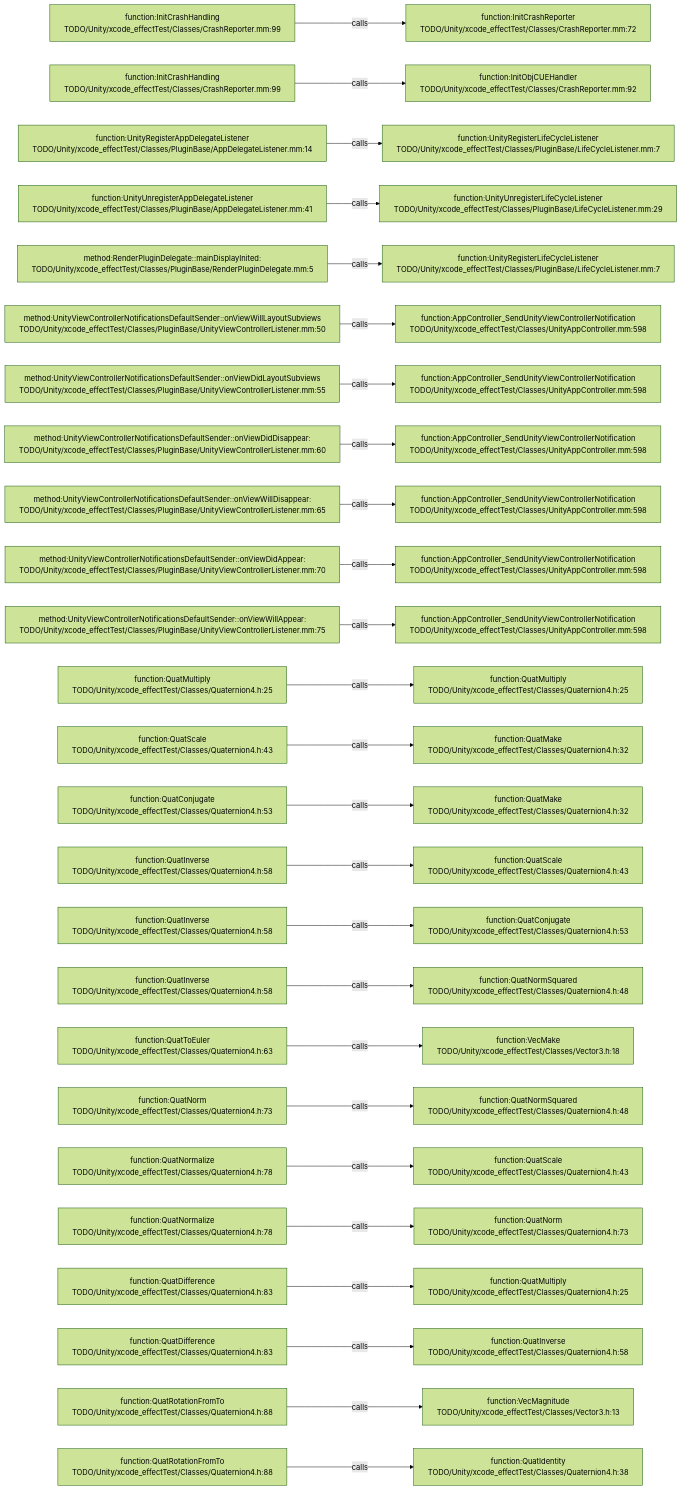
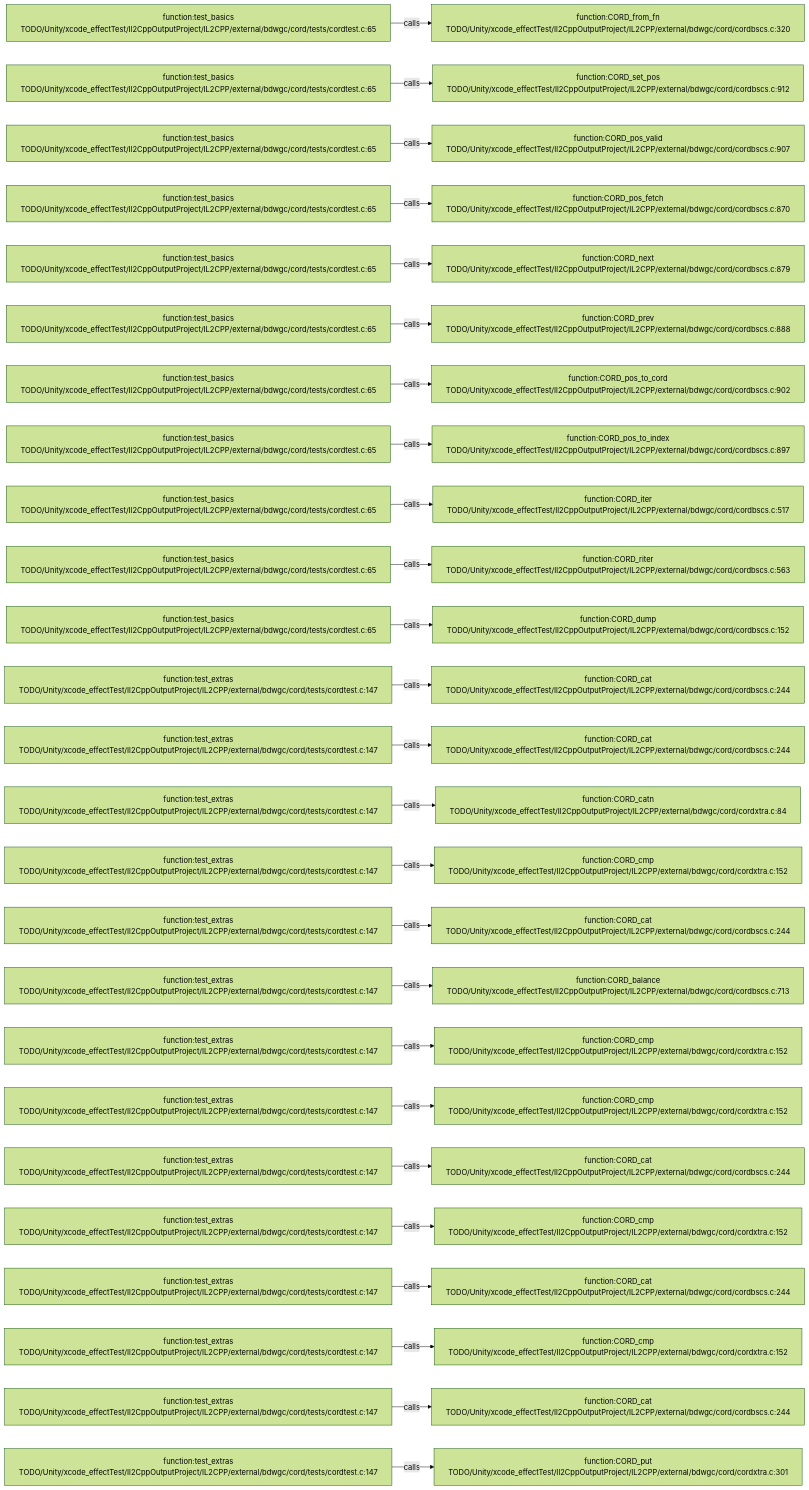
One commit to JobsKits/JobsSwiftBaseConfigDemo changed the diagram in .codegraph/codegraph.md/graphs/calls-090.md. Above: the diagram before and after it, drawn with Mermaid (forest theme). The commit also changed 227 other files, not shown here.

````diff
--- a/.codegraph/codegraph.md/graphs/calls-090.md
+++ b/.codegraph/codegraph.md/graphs/calls-090.md
@@ -13,78 +13,78 @@
 ```mermaid
 flowchart LR
-  S1["function:InitCrashHandling<br/>TODO/Unity/xcode_effectTest/Classes/CrashReporter.mm:99"]
-  T1["function:InitCrashReporter<br/>TODO/Unity/xcode_effectTest/Classes/CrashReporter.mm:72"]
+  S1["function:test_basics<br/>TODO/Unity/xcode_effectTest/Il2CppOutputProject/IL2CPP/external/bdwgc/cord/tests/cordtest.c:65"]
+  T1["function:CORD_from_fn<br/>TODO/Unity/xcode_effectTest/Il2CppOutputProject/IL2CPP/external/bdwgc/cord/cordbscs.c:320"]
   S1 -->|calls| T1
-  S2["function:InitCrashHandling<br/>TODO/Unity/xcode_effectTest/Classes/CrashReporter.mm:99"]
-  T2["function:InitObjCUEHandler<br/>TODO/Unity/xcode_effectTest/Classes/CrashReporter.mm:92"]
+  S2["function:test_basics<br/>TODO/Unity/xcode_effectTest/Il2CppOutputProject/IL2CPP/external/bdwgc/cord/tests/cordtest.c:65"]
+  T2["function:CORD_set_pos<br/>TODO/Unity/xcode_effectTest/Il2CppOutputProject/IL2CPP/external/bdwgc/cord/cordbscs.c:912"]
   S2 -->|calls| T2
-  S3["function:UnityRegisterAppDelegateListener<br/>TODO/Unity/xcode_effectTest/Classes/PluginBase/AppDelegateListener.mm:14"]
-  T3["function:UnityRegisterLifeCycleListener<br/>TODO/Unity/xcode_effectTest/Classes/PluginBase/LifeCycleListener.mm:7"]
+  S3["function:test_basics<br/>TODO/Unity/xcode_effectTest/Il2CppOutputProject/IL2CPP/external/bdwgc/cord/tests/cordtest.c:65"]
+  T3["function:CORD_pos_valid<br/>TODO/Unity/xcode_effectTest/Il2CppOutputProject/IL2CPP/external/bdwgc/cord/cordbscs.c:907"]
   S3 -->|calls| T3
-  S4["function:UnityUnregisterAppDelegateListener<br/>TODO/Unity/xcode_effectTest/Classes/PluginBase/AppDelegateListener.mm:41"]
-  T4["function:UnityUnregisterLifeCycleListener<br/>TODO/Unity/xcode_effectTest/Classes/PluginBase/LifeCycleListener.mm:29"]
+  S4["function:test_basics<br/>TODO/Unity/xcode_effectTest/Il2CppOutputProject/IL2CPP/external/bdwgc/cord/tests/cordtest.c:65"]
+  T4["function:CORD_pos_fetch<br/>TODO/Unity/xcode_effectTest/Il2CppOutputProject/IL2CPP/external/bdwgc/cord/cordbscs.c:870"]
   S4 -->|calls| T4
-  S5["method:RenderPluginDelegate::mainDisplayInited:<br/>TODO/Unity/xcode_effectTest/Classes/PluginBase/RenderPluginDelegate.mm:5"]
-  T5["function:UnityRegisterLifeCycleListener<br/>TODO/Unity/xcode_effectTest/Classes/PluginBase/LifeCycleListener.mm:7"]
+  S5["function:test_basics<br/>TODO/Unity/xcode_effectTest/Il2CppOutputProject/IL2CPP/external/bdwgc/cord/tests/cordtest.c:65"]
+  T5["function:CORD_next<br/>TODO/Unity/xcode_effectTest/Il2CppOutputProject/IL2CPP/external/bdwgc/cord/cordbscs.c:879"]
   S5 -->|calls| T5
-  S6["method:UnityViewControllerNotificationsDefaultSender::onViewWillLayoutSubviews<br/>TODO/Unity/xcode_effectTest/Classes/PluginBase/UnityViewControllerListener.mm:50"]
-  T6["function:AppController_SendUnityViewControllerNotification<br/>TODO/Unity/xcode_effectTest/Classes/UnityAppController.mm:598"]
+  S6["function:test_basics<br/>TODO/Unity/xcode_effectTest/Il2CppOutputProject/IL2CPP/external/bdwgc/cord/tests/cordtest.c:65"]
+  T6["function:CORD_prev<br/>TODO/Unity/xcode_effectTest/Il2CppOutputProject/IL2CPP/external/bdwgc/cord/cordbscs.c:888"]
   S6 -->|calls| T6
-  S7["method:UnityViewControllerNotificationsDefaultSender::onViewDidLayoutSubviews<br/>TODO/Unity/xcode_effectTest/Classes/PluginBase/UnityViewControllerListener.mm:55"]
-  T7["function:AppController_SendUnityViewControllerNotification<br/>TODO/Unity/xcode_effectTest/Classes/UnityAppController.mm:598"]
+  S7["function:test_basics<br/>TODO/Unity/xcode_effectTest/Il2CppOutputProject/IL2CPP/external/bdwgc/cord/tests/cordtest.c:65"]
+  T7["function:CORD_pos_to_cord<br/>TODO/Unity/xcode_effectTest/Il2CppOutputProject/IL2CPP/external/bdwgc/cord/cordbscs.c:902"]
   S7 -->|calls| T7
-  S8["method:UnityViewControllerNotificationsDefaultSender::onViewDidDisappear:<br/>TODO/Unity/xcode_effectTest/Classes/PluginBase/UnityViewControllerListener.mm:60"]
-  T8["function:AppController_SendUnityViewControllerNotification<br/>TODO/Unity/xcode_effectTest/Classes/UnityAppController.mm:598"]
+  S8["function:test_basics<br/>TODO/Unity/xcode_effectTest/Il2CppOutputProject/IL2CPP/external/bdwgc/cord/tests/cordtest.c:65"]
+  T8["function:CORD_pos_to_index<br/>TODO/Unity/xcode_effectTest/Il2CppOutputProject/IL2CPP/external/bdwgc/cord/cordbscs.c:897"]
   S8 -->|calls| T8
-  S9["method:UnityViewControllerNotificationsDefaultSender::onViewWillDisappear:<br/>TODO/Unity/xcode_effectTest/Classes/PluginBase/UnityViewControllerListener.mm:65"]
-  T9["function:AppController_SendUnityViewControllerNotification<br/>TODO/Unity/xcode_effectTest/Classes/UnityAppController.mm:598"]
+  S9["function:test_basics<br/>TODO/Unity/xcode_effectTest/Il2CppOutputProject/IL2CPP/external/bdwgc/cord/tests/cordtest.c:65"]
+  T9["function:CORD_iter<br/>TODO/Unity/xcode_effectTest/Il2CppOutputProject/IL2CPP/external/bdwgc/cord/cordbscs.c:517"]
   S9 -->|calls| T9
-  S10["method:UnityViewControllerNotificationsDefaultSender::onViewDidAppear:<br/>TODO/Unity/xcode_effectTest/Classes/PluginBase/UnityViewControllerListener.mm:70"]
-  T10["function:AppController_SendUnityViewControllerNotification<br/>TODO/Unity/xcode_effectTest/Classes/UnityAppController.mm:598"]
+  S10["function:test_basics<br/>TODO/Unity/xcode_effectTest/Il2CppOutputProject/IL2CPP/external/bdwgc/cord/tests/cordtest.c:65"]
+  T10["function:CORD_riter<br/>TODO/Unity/xcode_effectTest/Il2CppOutputProject/IL2CPP/external/bdwgc/cord/cordbscs.c:563"]
   S10 -->|calls| T10
-  S11["method:UnityViewControllerNotificationsDefaultSender::onViewWillAppear:<br/>TODO/Unity/xcode_effectTest/Classes/PluginBase/UnityViewControllerListener.mm:75"]
-  T11["function:AppController_SendUnityViewControllerNotification<br/>TODO/Unity/xcode_effectTest/Classes/UnityAppController.mm:598"]
+  S11["function:test_basics<br/>TODO/Unity/xcode_effectTest/Il2CppOutputProject/IL2CPP/external/bdwgc/cord/tests/cordtest.c:65"]
+  T11["function:CORD_dump<br/>TODO/Unity/xcode_effectTest/Il2CppOutputProject/IL2CPP/external/bdwgc/cord/cordbscs.c:152"]
   S11 -->|calls| T11
-  S12["function:QuatMultiply<br/>TODO/Unity/xcode_effectTest/Classes/Quaternion4.h:25"]
-  T12["function:QuatMultiply<br/>TODO/Unity/xcode_effectTest/Classes/Quaternion4.h:25"]
+  S12["function:test_extras<br/>TODO/Unity/xcode_effectTest/Il2CppOutputProject/IL2CPP/external/bdwgc/cord/tests/cordtest.c:147"]
+  T12["function:CORD_cat<br/>TODO/Unity/xcode_effectTest/Il2CppOutputProject/IL2CPP/external/bdwgc/cord/cordbscs.c:244"]
   S12 -->|calls| T12
-  S13["function:QuatScale<br/>TODO/Unity/xcode_effectTest/Classes/Quaternion4.h:43"]
-  T13["function:QuatMake<br/>TODO/Unity/xcode_effectTest/Classes/Quaternion4.h:32"]
+  S13["function:test_extras<br/>TODO/Unity/xcode_effectTest/Il2CppOutputProject/IL2CPP/external/bdwgc/cord/tests/cordtest.c:147"]
+  T13["function:CORD_cat<br/>TODO/Unity/xcode_effectTest/Il2CppOutputProject/IL2CPP/external/bdwgc/cord/cordbscs.c:244"]
   S13 -->|calls| T13
-  S14["function:QuatConjugate<br/>TODO/Unity/xcode_effectTest/Classes/Quaternion4.h:53"]
-  T14["function:QuatMake<br/>TODO/Unity/xcode_effectTest/Classes/Quaternion4.h:32"]
+  S14["function:test_extras<br/>TODO/Unity/xcode_effectTest/Il2CppOutputProject/IL2CPP/external/bdwgc/cord/tests/cordtest.c:147"]
+  T14["function:CORD_catn<br/>TODO/Unity/xcode_effectTest/Il2CppOutputProject/IL2CPP/external/bdwgc/cord/cordxtra.c:84"]
   S14 -->|calls| T14
-  S15["function:QuatInverse<br/>TODO/Unity/xcode_effectTest/Classes/Quaternion4.h:58"]
-  T15["function:QuatScale<br/>TODO/Unity/xcode_effectTest/Classes/Quaternion4.h:43"]
+  S15["function:test_extras<br/>TODO/Unity/xcode_effectTest/Il2CppOutputProject/IL2CPP/external/bdwgc/cord/tests/cordtest.c:147"]
+  T15["function:CORD_cmp<br/>TODO/Unity/xcode_effectTest/Il2CppOutputProject/IL2CPP/external/bdwgc/cord/cordxtra.c:152"]
   S15 -->|calls| T15
-  S16["function:QuatInverse<br/>TODO/Unity/xcode_effectTest/Classes/Quaternion4.h:58"]
-  T16["function:QuatConjugate<br/>TODO/Unity/xcode_effectTest/Classes/Quaternion4.h:53"]
+  S16["function:test_extras<br/>TODO/Unity/xcode_effectTest/Il2CppOutputProject/IL2CPP/external/bdwgc/cord/tests/cordtest.c:147"]
+  T16["function:CORD_cat<br/>TODO/Unity/xcode_effectTest/Il2CppOutputProject/IL2CPP/external/bdwgc/cord/cordbscs.c:244"]
   S16 -->|calls| T16
-  S17["function:QuatInverse<br/>TODO/Unity/xcode_effectTest/Classes/Quaternion4.h:58"]
-  T17["function:QuatNormSquared<br/>TODO/Unity/xcode_effectTest/Classes/Quaternion4.h:48"]
+  S17["function:test_extras<br/>TODO/Unity/xcode_effectTest/Il2CppOutputProject/IL2CPP/external/bdwgc/cord/tests/cordtest.c:147"]
+  T17["function:CORD_balance<br/>TODO/Unity/xcode_effectTest/Il2CppOutputProject/IL2CPP/external/bdwgc/cord/cordbscs.c:713"]
   S17 -->|calls| T17
-  S18["function:QuatToEuler<br/>TODO/Unity/xcode_effectTest/Classes/Quaternion4.h:63"]
-  T18["function:VecMake<br/>TODO/Unity/xcode_effectTest/Classes/Vector3.h:18"]
+  S18["function:test_extras<br/>TODO/Unity/xcode_effectTest/Il2CppOutputProject/IL2CPP/external/bdwgc/cord/tests/cordtest.c:147"]
+  T18["function:CORD_cmp<br/>TODO/Unity/xcode_effectTest/Il2CppOutputProject/IL2CPP/external/bdwgc/cord/cordxtra.c:152"]
   S18 -->|calls| T18
-  S19["function:QuatNorm<br/>TODO/Unity/xcode_effectTest/Classes/Quaternion4.h:73"]
-  T19["function:QuatNormSquared<br/>TODO/Unity/xcode_effectTest/Classes/Quaternion4.h:48"]
+  S19["function:test_extras<br/>TODO/Unity/xcode_effectTest/Il2CppOutputProject/IL2CPP/external/bdwgc/cord/tests/cordtest.c:147"]
+  T19["function:CORD_cmp<br/>TODO/Unity/xcode_effectTest/Il2CppOutputProject/IL2CPP/external/bdwgc/cord/cordxtra.c:152"]
   S19 -->|calls| T19
-  S20["function:QuatNormalize<br/>TODO/Unity/xcode_effectTest/Classes/Quaternion4.h:78"]
-  T20["function:QuatScale<br/>TODO/Unity/xcode_effectTest/Classes/Quaternion4.h:43"]
+  S20["function:test_extras<br/>TODO/Unity/xcode_effectTest/Il2CppOutputProject/IL2CPP/external/bdwgc/cord/tests/cordtest.c:147"]
+  T20["function:CORD_cat<br/>TODO/Unity/xcode_effectTest/Il2CppOutputProject/IL2CPP/external/bdwgc/cord/cordbscs.c:244"]
   S20 -->|calls| T20
-  S21["function:QuatNormalize<br/>TODO/Unity/xcode_effectTest/Classes/Quaternion4.h:78"]
-  T21["function:QuatNorm<br/>TODO/Unity/xcode_effectTest/Classes/Quaternion4.h:73"]
+  S21["function:test_extras<br/>TODO/Unity/xcode_effectTest/Il2CppOutputProject/IL2CPP/external/bdwgc/cord/tests/cordtest.c:147"]
+  T21["function:CORD_cmp<br/>TODO/Unity/xcode_effectTest/Il2CppOutputProject/IL2CPP/external/bdwgc/cord/cordxtra.c:152"]
   S21 -->|calls| T21
-  S22["function:QuatDifference<br/>TODO/Unity/xcode_effectTest/Classes/Quaternion4.h:83"]
-  T22["function:QuatMultiply<br/>TODO/Unity/xcode_effectTest/Classes/Quaternion4.h:25"]
+  S22["function:test_extras<br/>TODO/Unity/xcode_effectTest/Il2CppOutputProject/IL2CPP/external/bdwgc/cord/tests/cordtest.c:147"]
+  T22["function:CORD_cat<br/>TODO/Unity/xcode_effectTest/Il2CppOutputProject/IL2CPP/external/bdwgc/cord/cordbscs.c:244"]
   S22 -->|calls| T22
-  S23["function:QuatDifference<br/>TODO/Unity/xcode_effectTest/Classes/Quaternion4.h:83"]
-  T23["function:QuatInverse<br/>TODO/Unity/xcode_effectTest/Classes/Quaternion4.h:58"]
+  S23["function:test_extras<br/>TODO/Unity/xcode_effectTest/Il2CppOutputProject/IL2CPP/external/bdwgc/cord/tests/cordtest.c:147"]
+  T23["function:CORD_cmp<br/>TODO/Unity/xcode_effectTest/Il2CppOutputProject/IL2CPP/external/bdwgc/cord/cordxtra.c:152"]
   S23 -->|calls| T23
-  S24["function:QuatRotationFromTo<br/>TODO/Unity/xcode_effectTest/Classes/Quaternion4.h:88"]
-  T24["function:VecMagnitude<br/>TODO/Unity/xcode_effectTest/Classes/Vector3.h:13"]
+  S24["function:test_extras<br/>TODO/Unity/xcode_effectTest/Il2CppOutputProject/IL2CPP/external/bdwgc/cord/tests/cordtest.c:147"]
+  T24["function:CORD_cat<br/>TODO/Unity/xcode_effectTest/Il2CppOutputProject/IL2CPP/external/bdwgc/cord/cordbscs.c:244"]
   S24 -->|calls| T24
-  S25["function:QuatRotationFromTo<br/>TODO/Unity/xcode_effectTest/Classes/Quaternion4.h:88"]
-  T25["function:QuatIdentity<br/>TODO/Unity/xcode_effectTest/Classes/Quaternion4.h:38"]
+  S25["function:test_extras<br/>TODO/Unity/xcode_effectTest/Il2CppOutputProject/IL2CPP/external/bdwgc/cord/tests/cordtest.c:147"]
+  T25["function:CORD_put<br/>TODO/Unity/xcode_effectTest/Il2CppOutputProject/IL2CPP/external/bdwgc/cord/cordxtra.c:301"]
   S25 -->|calls| T25
 ```
````
